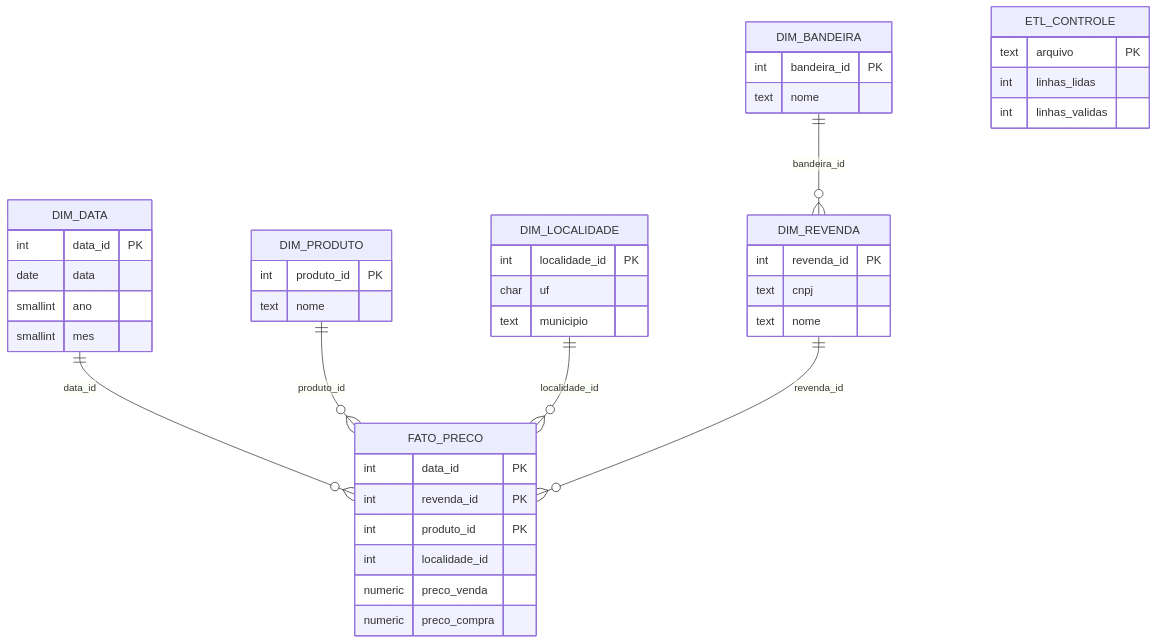
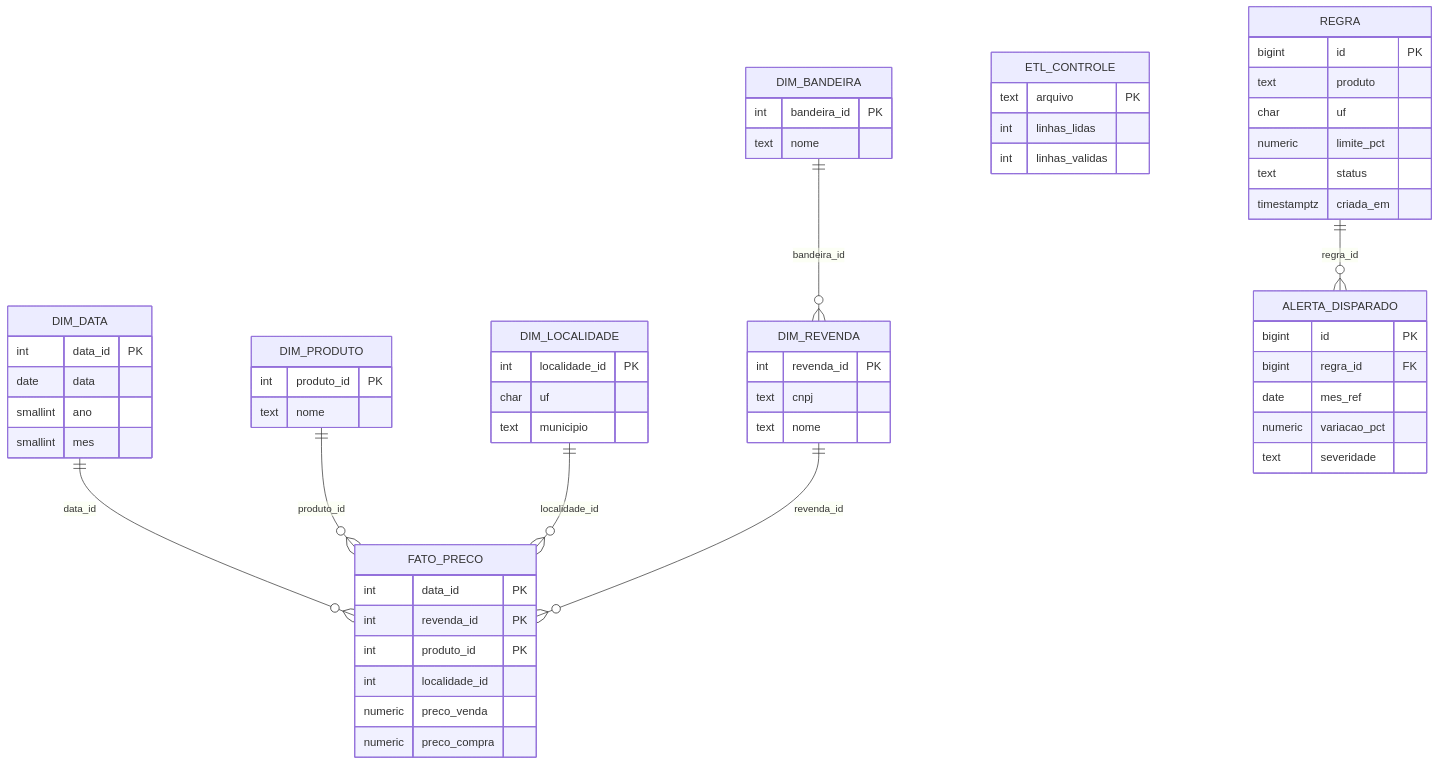
One commit to AllanCristiano/dadosabertosprojeto changed the tenth of 11 diagrams in docs/ARQUITETURA.md. Above: the diagram before and after it, drawn with Mermaid. The commit also changed other lines of this file and 52 other files, not shown here.

````diff
--- a/docs/ARQUITETURA.md
+++ b/docs/ARQUITETURA.md
@@ -261,33 +272,49 @@
 ```mermaid
 erDiagram
   DIM_DATA ||--o{ FATO_PRECO : data_id
   DIM_PRODUTO ||--o{ FATO_PRECO : produto_id
   DIM_LOCALIDADE ||--o{ FATO_PRECO : localidade_id
   DIM_REVENDA ||--o{ FATO_PRECO : revenda_id
   DIM_BANDEIRA ||--o{ DIM_REVENDA : bandeira_id
   FATO_PRECO {
     int data_id PK
     int revenda_id PK
     int produto_id PK
     int localidade_id
     numeric preco_venda
     numeric preco_compra
   }
   DIM_DATA { int data_id PK
     date data
     smallint ano
     smallint mes }
   DIM_PRODUTO { int produto_id PK
     text nome }
   DIM_LOCALIDADE { int localidade_id PK
     char uf
     text municipio }
   DIM_REVENDA { int revenda_id PK
     text cnpj
     text nome }
   DIM_BANDEIRA { int bandeira_id PK
     text nome }
   ETL_CONTROLE { text arquivo PK
     int linhas_lidas
     int linhas_validas }
+  REGRA ||--o{ ALERTA_DISPARADO : regra_id
+  REGRA {
+    bigint id PK
+    text produto
+    char uf
+    numeric limite_pct
+    text status
+    timestamptz criada_em
+  }
+  ALERTA_DISPARADO {
+    bigint id PK
+    bigint regra_id FK
+    date mes_ref
+    numeric variacao_pct
+    text severidade
+  }
 ```
````
